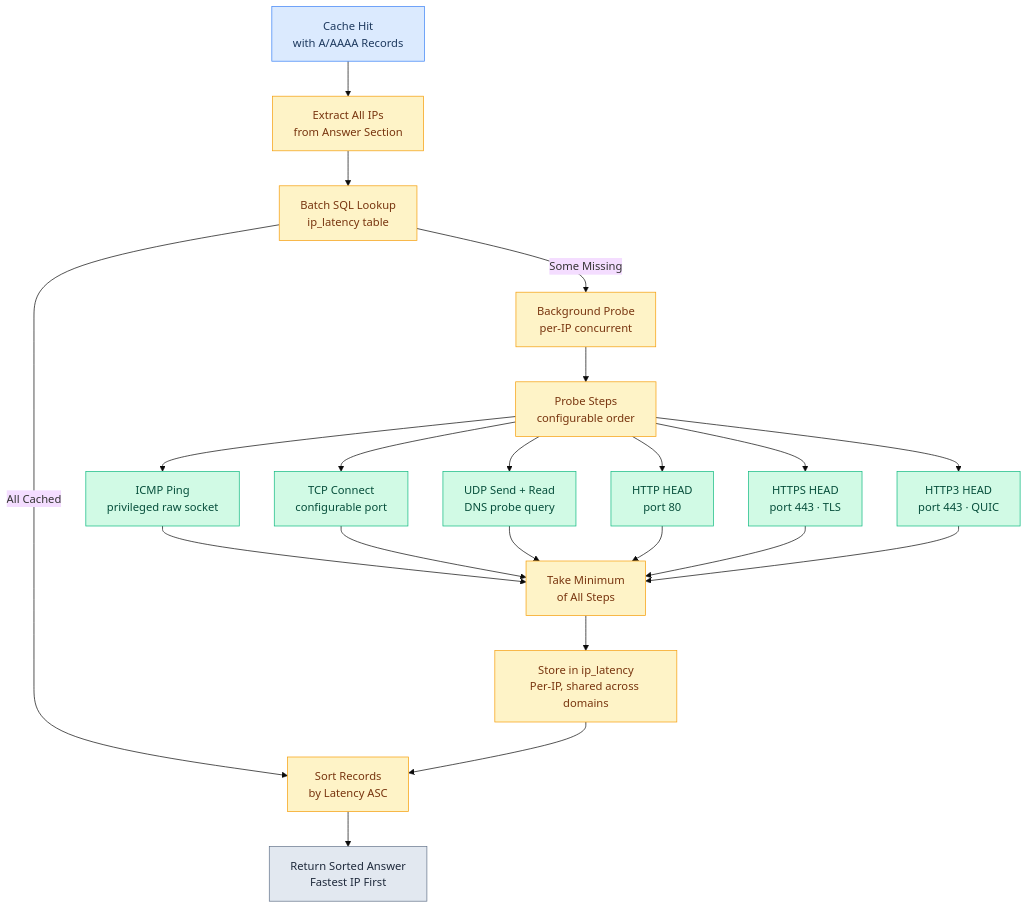
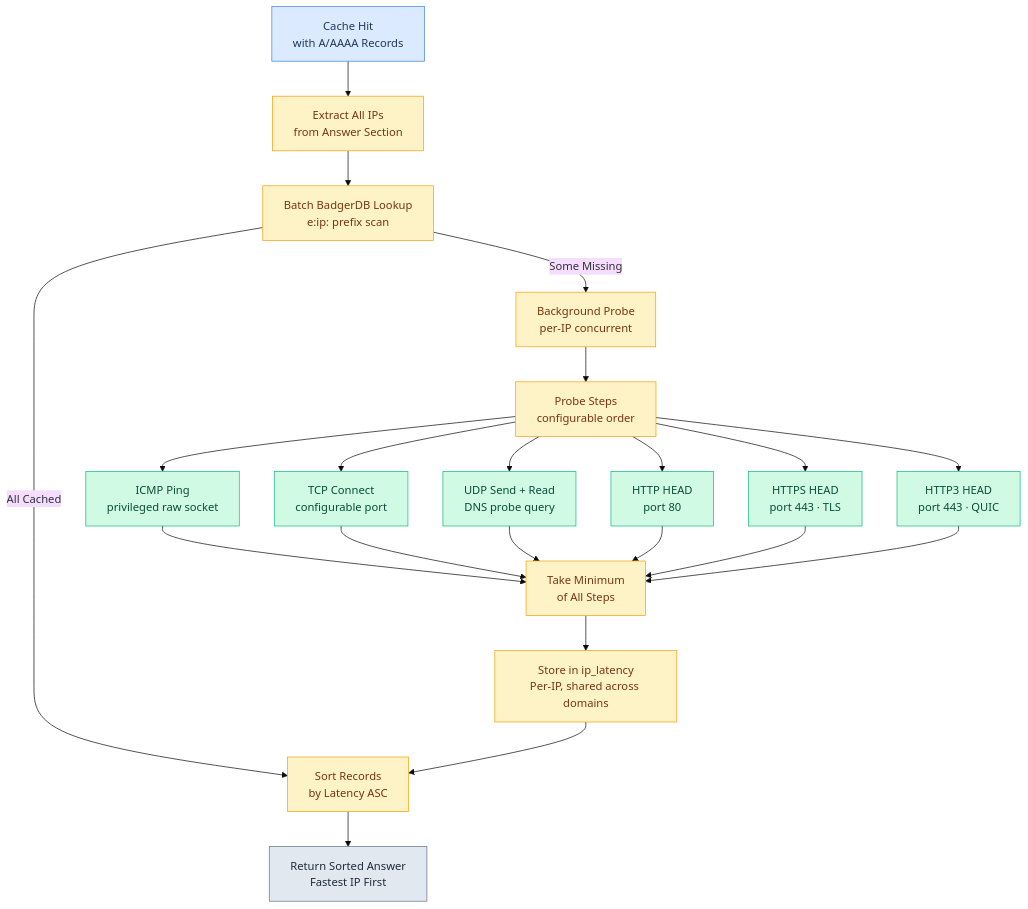
Diagram 19 of 26 in docs/FLOWCHARTS.md (hezhijie0327/ZJDNS), drawn with Mermaid (base theme) before and after one commit. The commit also changed 110 other files, not shown here.

````diff
--- a/docs/FLOWCHARTS.md
+++ b/docs/FLOWCHARTS.md
@@ -485,35 +485,35 @@
 ```mermaid
 graph TD
     QUERY[Cache Hit<br/>with A/AAAA Records] --> EXTRACT[Extract All IPs<br/>from Answer Section]
-    EXTRACT --> BATCH[Batch SQL Lookup<br/>ip_latency table]
+    EXTRACT --> BATCH[Batch BadgerDB Lookup<br/>e:ip: prefix scan]
     BATCH -->|All Cached| SORT[Sort Records<br/>by Latency ASC]
     BATCH -->|Some Missing| PROBE[Background Probe<br/>per-IP concurrent]
 
     PROBE --> STEPS[Probe Steps<br/>configurable order]
     STEPS --> ICMP[ICMP Ping<br/>privileged raw socket]
     STEPS --> TCP[TCP Connect<br/>configurable port]
     STEPS --> UDP[UDP Send + Read<br/>DNS probe query]
     STEPS --> HTTP[HTTP HEAD<br/>port 80]
     STEPS --> HTTPS[HTTPS HEAD<br/>port 443 · TLS]
     STEPS --> HTTP3[HTTP3 HEAD<br/>port 443 · QUIC]
 
     ICMP --> AGG[Take Minimum<br/>of All Steps]
     TCP --> AGG
     UDP --> AGG
     HTTP --> AGG
     HTTPS --> AGG
     HTTP3 --> AGG
 
     AGG --> STORE[Store in ip_latency<br/>Per-IP, shared across domains]
     STORE --> SORT
 
     SORT --> RETURN[Return Sorted Answer<br/>Fastest IP First]
     classDef start fill:#dbeafe,stroke:#3b82f6,color:#1e3a5f
     classDef proc fill:#fef3c7,stroke:#f59e0b,color:#78350f
     classDef proto fill:#d1fae5,stroke:#10b981,color:#064e3b
     classDef out fill:#e2e8f0,stroke:#64748b,color:#1e293b
     class QUERY start
     class EXTRACT,BATCH,PROBE,STEPS,AGG,STORE,SORT proc
     class ICMP,TCP,UDP,HTTP,HTTPS,HTTP3 proto
     class RETURN out
 ```
````
